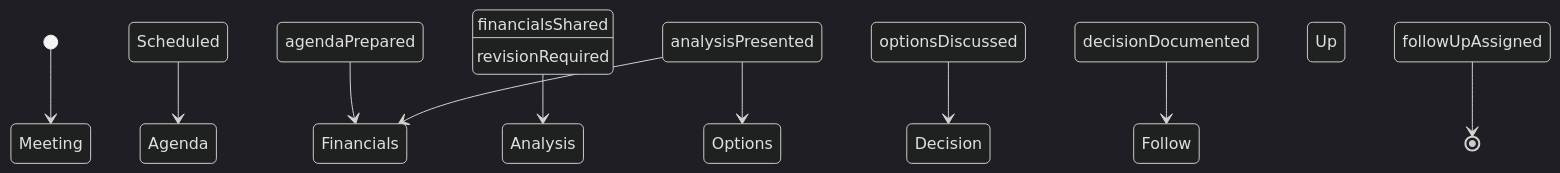
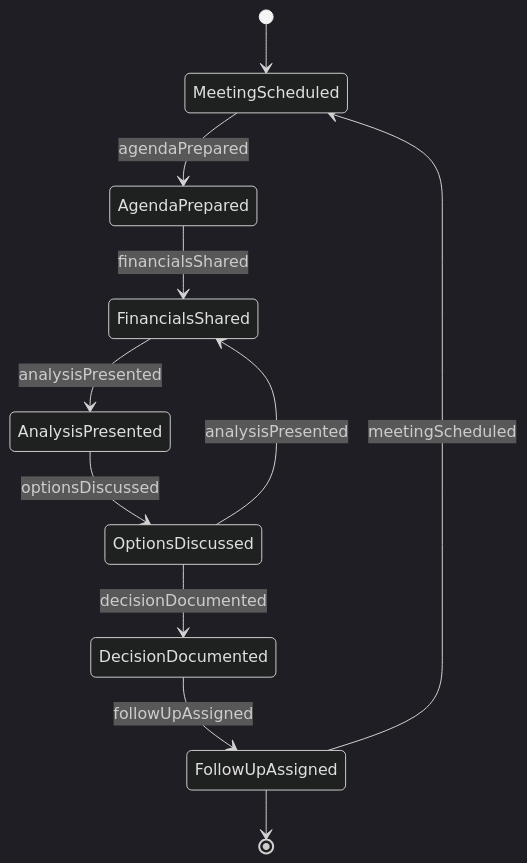
One commit to dot-org-ai/tasks.org.ai changed the second of 4 diagrams in CommunicatingWithSupervisorsPeersOrSubordinates/CoordinateActivitiesWithClientsAgenciesOrOrganizations/ConferOthersAboutFinancialMatters.mdx. Above: the diagram before and after it, drawn with Mermaid (dark theme). The commit also changed other lines of this file and 515 other files, not shown here.

````diff
--- a/CommunicatingWithSupervisorsPeersOrSubordinates/CoordinateActivitiesWithClientsAgenciesOrOrganizations/ConferOthersAboutFinancialMatters.mdx
+++ b/CommunicatingWithSupervisorsPeersOrSubordinates/CoordinateActivitiesWithClientsAgenciesOrOrganizations/ConferOthersAboutFinancialMatters.mdx
@@ -99,12 +99,13 @@
 ```mermaid
 stateDiagram-v2
-    [*] --> Meeting Scheduled
-    Meeting Scheduled --> Agenda Prepared : agendaPrepared
-    Agenda Prepared --> Financials Shared : financialsShared
-    Financials Shared --> Analysis Presented : analysisPresented
-    Analysis Presented --> Options Discussed : optionsDiscussed
-    Options Discussed --> Decision Documented : decisionDocumented
-    Decision Documented --> Follow Up Assigned : followUpAssigned
-    Analysis Presented --> Financials Shared : revisionRequired
-    Follow Up Assigned --> [*]
+    [*] --> MeetingScheduled
+    MeetingScheduled --> AgendaPrepared : agendaPrepared
+    AgendaPrepared --> FinancialsShared : financialsShared
+    FinancialsShared --> AnalysisPresented : analysisPresented
+    AnalysisPresented --> OptionsDiscussed : optionsDiscussed
+    OptionsDiscussed --> DecisionDocumented : decisionDocumented
+    DecisionDocumented --> FollowUpAssigned : followUpAssigned
+    OptionsDiscussed --> FinancialsShared : analysisPresented
+    FollowUpAssigned --> MeetingScheduled : meetingScheduled
+    FollowUpAssigned --> [*]
 ```
````
